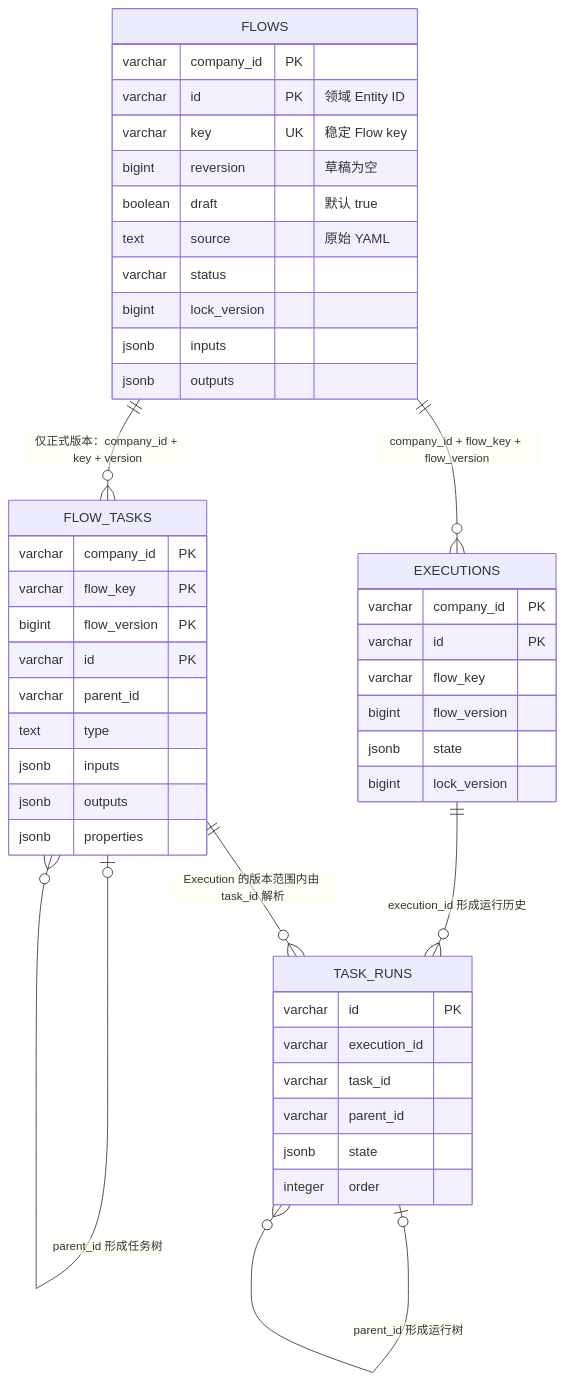
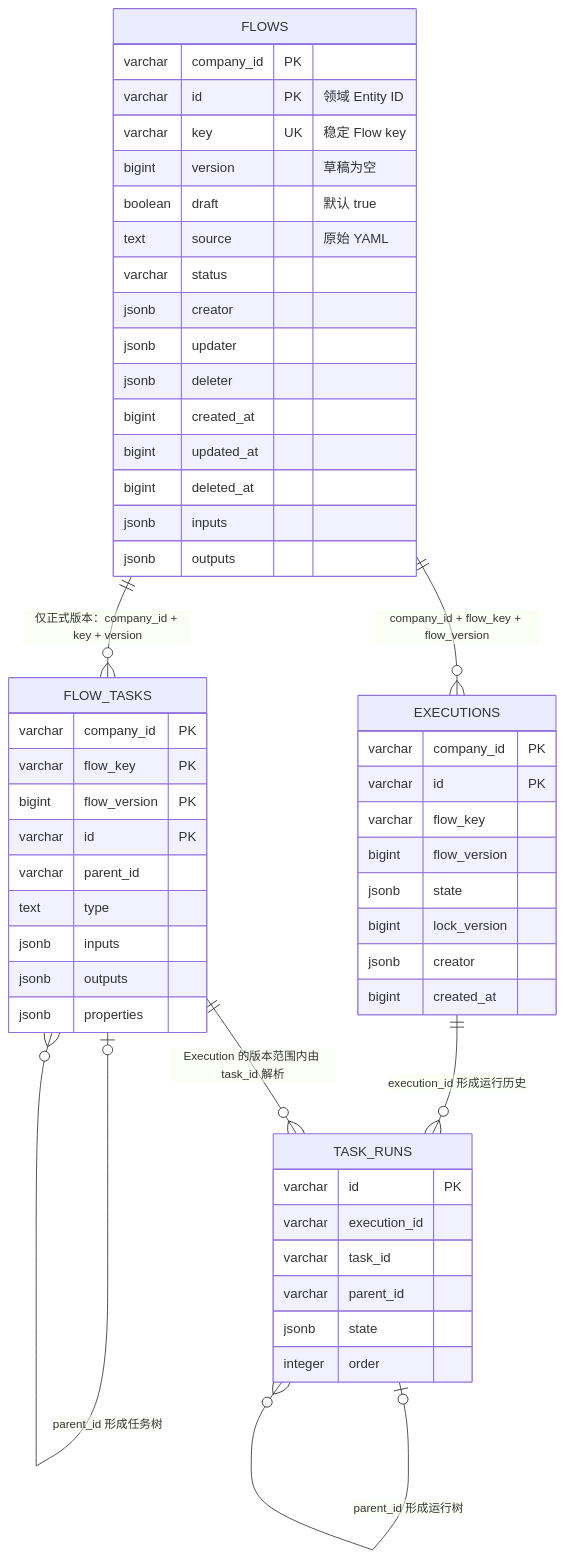
Before and after one commit to Eiddy5/flow: the diagram in docs/harness/postgresql-repositories.md, drawn with Mermaid. The commit also changed other lines of this file and 110 other files, not shown here.

````diff
--- a/docs/harness/postgresql-repositories.md
+++ b/docs/harness/postgresql-repositories.md
@@ -10,53 +10,60 @@
 ```mermaid
 erDiagram
     FLOWS ||--o{ FLOW_TASKS : "仅正式版本：company_id + key + version"
     FLOWS ||--o{ EXECUTIONS : "company_id + flow_key + flow_version"
     FLOW_TASKS o|--o{ FLOW_TASKS : "parent_id 形成任务树"
     EXECUTIONS ||--o{ TASK_RUNS : "execution_id 形成运行历史"
     FLOW_TASKS ||--o{ TASK_RUNS : "Execution 的版本范围内由 task_id 解析"
     TASK_RUNS o|--o{ TASK_RUNS : "parent_id 形成运行树"
 
     FLOWS {
         varchar company_id PK
         varchar id PK "领域 Entity ID"
         varchar key UK "稳定 Flow key"
-        bigint reversion "草稿为空"
+        bigint version "草稿为空"
         boolean draft "默认 true"
         text source "原始 YAML"
         varchar status
-        bigint lock_version
+        jsonb creator
+        jsonb updater
+        jsonb deleter
+        bigint created_at
+        bigint updated_at
+        bigint deleted_at
         jsonb inputs
         jsonb outputs
     }
 
     FLOW_TASKS {
         varchar company_id PK
         varchar flow_key PK
         bigint flow_version PK
         varchar id PK
         varchar parent_id
         text type
         jsonb inputs
         jsonb outputs
         jsonb properties
     }
 
     EXECUTIONS {
         varchar company_id PK
         varchar id PK
         varchar flow_key
         bigint flow_version
         jsonb state
         bigint lock_version
+        jsonb creator
+        bigint created_at
     }
 
     TASK_RUNS {
         varchar id PK
         varchar execution_id
         varchar task_id
         varchar parent_id
         jsonb state
         integer order
     }
 
 ```
````
